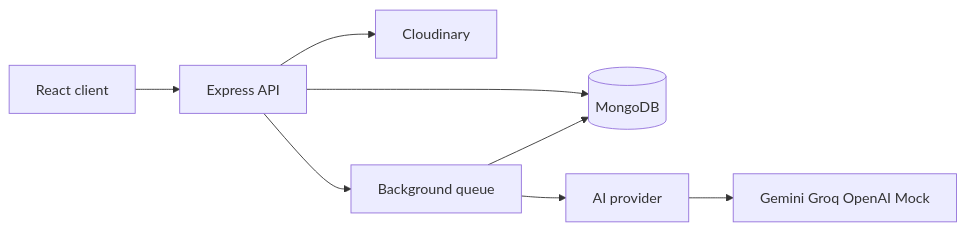
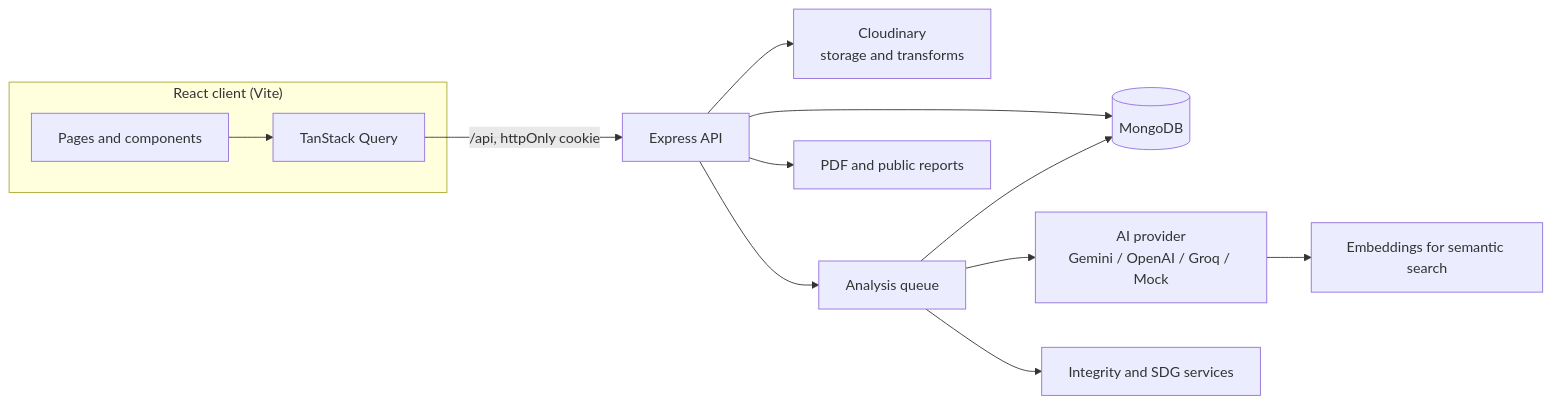
One commit to Chirag240105/ImpactLens-AI changed the diagram in README.md. Above: the diagram before and after it, drawn with Mermaid. The commit also changed other lines of this file and 10 other files, not shown here.

````diff
--- a/README.md
+++ b/README.md
@@ -33,10 +48,15 @@
 ```mermaid
 flowchart LR
-  React[React client] --> Express[Express API]
-  Express --> Mongo[(MongoDB)]
-  Express --> Cloud[Cloudinary]
-  Express --> Queue[Background queue]
-  Queue --> AI[AI provider]
-  AI --> Vendors[Gemini Groq OpenAI Mock]
-  Queue --> Mongo
+  subgraph Client["React client (Vite)"]
+    UI[Pages and components] --> RQ[TanStack Query]
+  end
+  RQ -->|/api, httpOnly cookie| API[Express API]
+  API --> DB[(MongoDB)]
+  API --> CL[Cloudinary<br/>storage and transforms]
+  API --> Q[Analysis queue]
+  Q --> AI[AI provider<br/>Gemini / OpenAI / Groq / Mock]
+  Q --> INT[Integrity and SDG services]
+  AI --> EMB[Embeddings for semantic search]
+  Q --> DB
+  API --> PDF[PDF and public reports]
 ```
````
